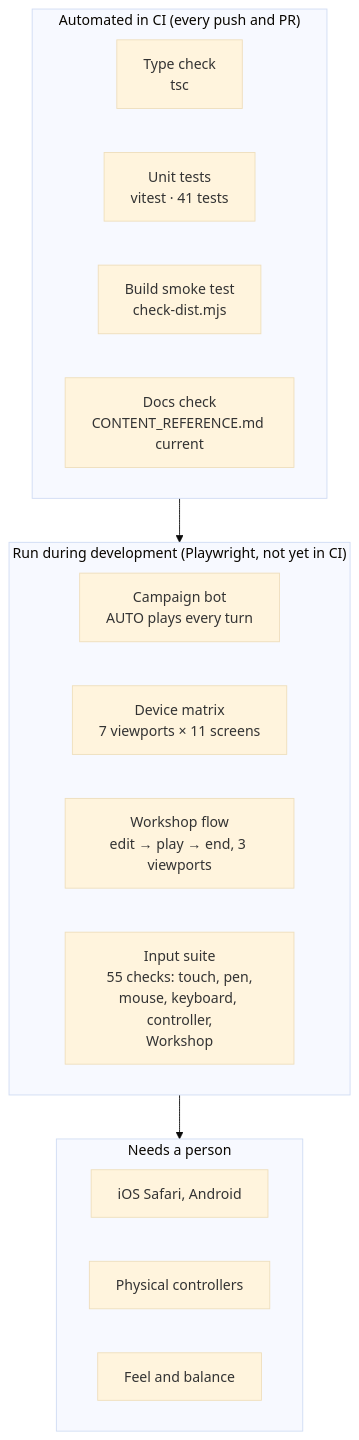
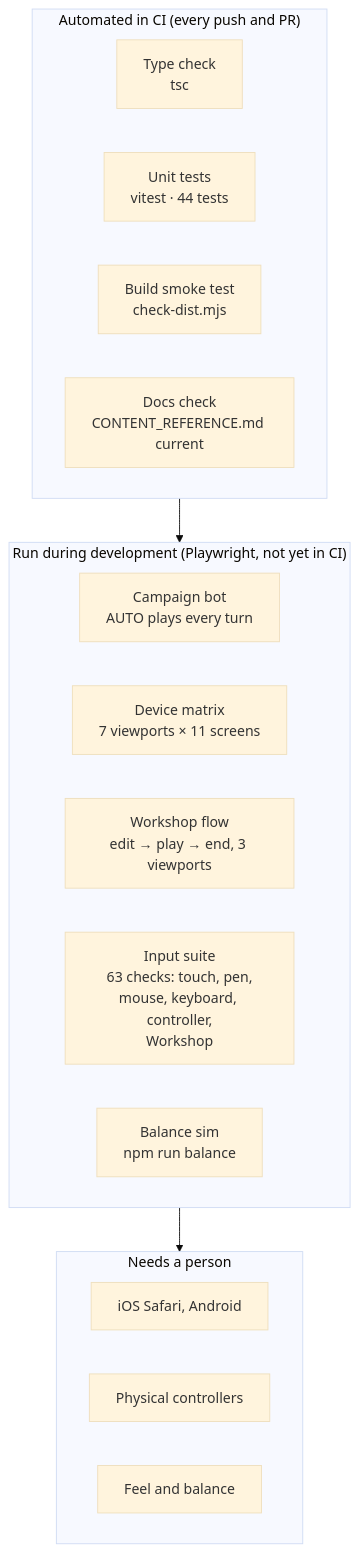
One commit to CptNope/Chess-RPG-Tactics changed the diagram in docs/TESTING.md. Above: the diagram before and after it, drawn with Mermaid (base theme). The commit also changed other lines of this file and 74 other files, not shown here.

````diff
--- a/docs/TESTING.md
+++ b/docs/TESTING.md
@@ -9,21 +9,22 @@
 ```mermaid
 flowchart TB
     subgraph Auto["Automated in CI (every push and PR)"]
         T1["Type check<br/>tsc"]
-        T2["Unit tests<br/>vitest · 41 tests"]
+        T2["Unit tests<br/>vitest · 44 tests"]
         T3["Build smoke test<br/>check-dist.mjs"]
         T4["Docs check<br/>CONTENT_REFERENCE.md current"]
     end
     subgraph Dev["Run during development (Playwright, not yet in CI)"]
         P1["Campaign bot<br/>AUTO plays every turn"]
         P2["Device matrix<br/>7 viewports × 11 screens"]
         P4["Workshop flow<br/>edit → play → end, 3 viewports"]
-        P3["Input suite<br/>55 checks: touch, pen,<br/>mouse, keyboard, controller,<br/>Workshop"]
+        P3["Input suite<br/>63 checks: touch, pen,<br/>mouse, keyboard, controller,<br/>Workshop"]
+        P5["Balance sim<br/>npm run balance"]
     end
     subgraph Human["Needs a person"]
         H1["iOS Safari, Android"]
         H2["Physical controllers"]
         H3["Feel and balance"]
     end
     Auto --> Dev --> Human
 ```
````
